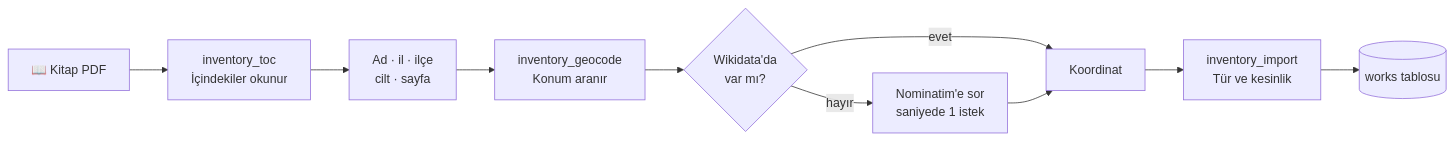
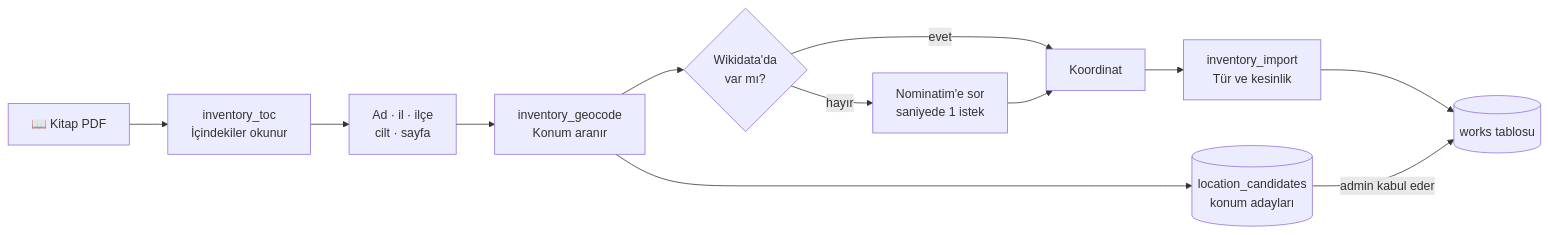
The second of 18 diagrams in NASIL-CALISIR.md (inciyanar/Sezi), drawn with Mermaid before and after one commit. The commit also changed other lines of this file, not shown here.

````diff
--- a/NASIL-CALISIR.md
+++ b/NASIL-CALISIR.md
@@ -66,12 +71,14 @@
 ```mermaid
 flowchart LR
   A["📖 Kitap PDF"] --> B["inventory_toc<br/>İçindekiler okunur"]
   B --> C["Ad · il · ilçe<br/>cilt · sayfa"]
   C --> D["inventory_geocode<br/>Konum aranır"]
   D --> D1{"Wikidata'da<br/>var mı?"}
   D1 -->|evet| E["Koordinat"]
   D1 -->|hayır| D2["Nominatim'e sor<br/>saniyede 1 istek"]
   D2 --> E
   E --> F["inventory_import<br/>Tür ve kesinlik"]
   F --> G[("works tablosu")]
+  D --> LC[("location_candidates<br/>konum adayları")]
+  LC -->|"admin kabul eder"| G
 ```
````
